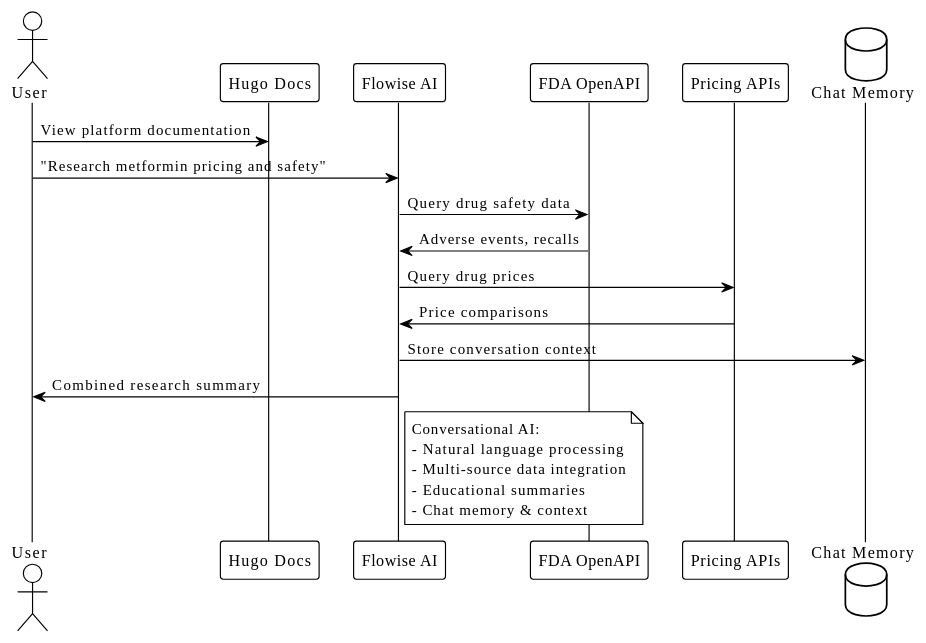
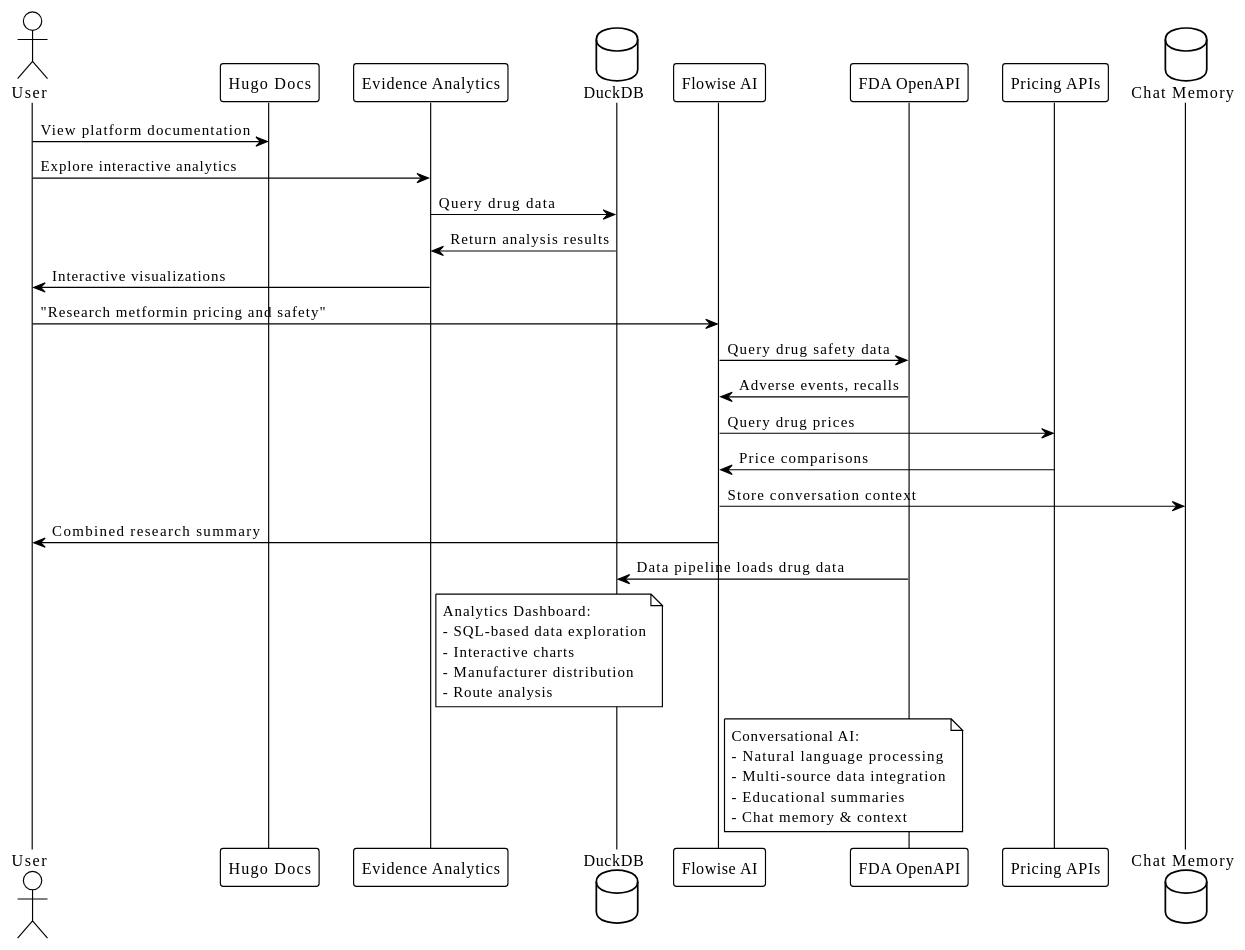
One commit to Priii07/HealthScope-AI changed the diagram in content/docs/_index.md. Above: the diagram before and after it, drawn with PlantUML. The commit also changed other lines of this file and 2 other files, not shown here.

````diff
--- a/content/docs/_index.md
+++ b/content/docs/_index.md
@@ -44,31 +44,48 @@
 ```plantuml
 @startuml
 !theme plain
 
 actor User
 participant "Hugo Docs" as Docs
+participant "Evidence Analytics" as Evidence
+database "DuckDB" as DuckDB
 participant "Flowise AI" as Flowise
 participant "FDA OpenAPI" as FDA
 participant "Pricing APIs" as Pricing
 database "Chat Memory" as Memory
 
 User -> Docs: View platform documentation
+User -> Evidence: Explore interactive analytics
+Evidence -> DuckDB: Query drug data
+DuckDB -> Evidence: Return analysis results
+Evidence -> User: Interactive visualizations
+
 User -> Flowise: "Research metformin pricing and safety"
 
 Flowise -> FDA: Query drug safety data
 FDA -> Flowise: Adverse events, recalls
 Flowise -> Pricing: Query drug prices
 Pricing -> Flowise: Price comparisons
 Flowise -> Memory: Store conversation context
 Flowise -> User: Combined research summary
+
+FDA -> DuckDB: Data pipeline loads drug data
+
+note right of Evidence
+  Analytics Dashboard:
+  - SQL-based data exploration
+  - Interactive charts
+  - Manufacturer distribution
+  - Route analysis
+end note
 
 note right of Flowise
   Conversational AI:
   - Natural language processing
   - Multi-source data integration
   - Educational summaries
   - Chat memory & context
 end note
 
 @enduml
 ```
````
